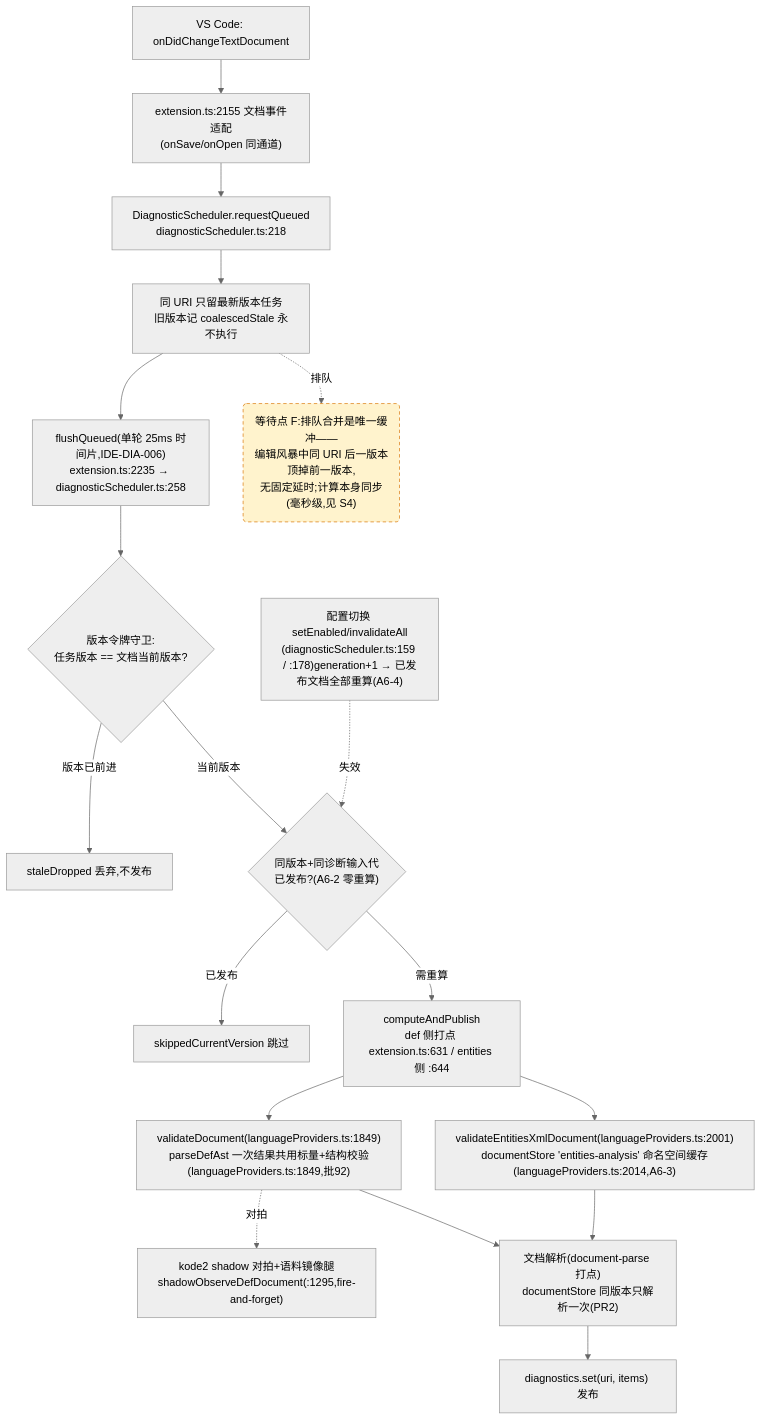
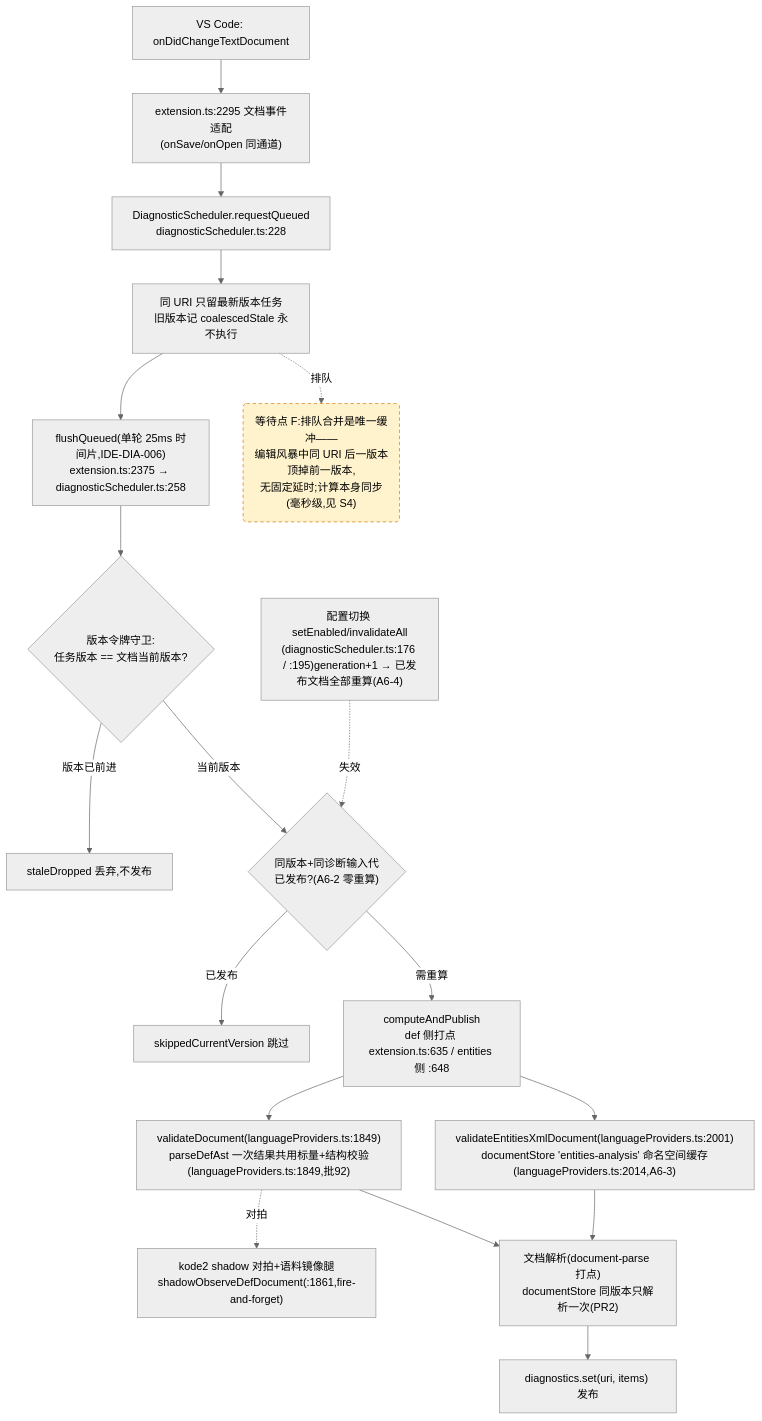
Before and after one commit to cuihairu/kode: the fourth of 4 diagrams in docs/perf/2026-baseline.md, drawn with Mermaid (neutral theme). The commit also changed other lines of this file and 3 other files, not shown here.

````diff
--- a/docs/perf/2026-baseline.md
+++ b/docs/perf/2026-baseline.md
@@ -214,38 +214,38 @@
 ```mermaid
 flowchart TD
   CHG["VS Code: onDidChangeTextDocument"]
-  WATCH["extension.ts:2155 文档事件适配<br/>(onSave/onOpen 同通道)"]
-  RQ["DiagnosticScheduler.requestQueued<br/>diagnosticScheduler.ts:218"]
+  WATCH["extension.ts:2295 文档事件适配<br/>(onSave/onOpen 同通道)"]
+  RQ["DiagnosticScheduler.requestQueued<br/>diagnosticScheduler.ts:228"]
   CO["同 URI 只留最新版本任务<br/>旧版本记 coalescedStale 永不执行"]
-  FL["flushQueued(单轮 25ms 时间片,IDE-DIA-006)<br/>extension.ts:2235 → diagnosticScheduler.ts:258"]
+  FL["flushQueued(单轮 25ms 时间片,IDE-DIA-006)<br/>extension.ts:2375 → diagnosticScheduler.ts:258"]
   VG{"版本令牌守卫:<br/>任务版本 == 文档当前版本?"}
   DROP["staleDropped 丢弃,不发布"]
   GEN{"同版本+同诊断输入代<br/>已发布?(A6-2 零重算)"}
   SKIP["skippedCurrentVersion 跳过"]
-  CALC["computeAndPublish<br/>def 侧打点 extension.ts:631 / entities 侧 :644"]
+  CALC["computeAndPublish<br/>def 侧打点 extension.ts:635 / entities 侧 :648"]
   VD["validateDocument(languageProviders.ts:1849)<br/>parseDefAst 一次结果共用标量+结构校验(languageProviders.ts:1849,批92)"]
   VEX["validateEntitiesXmlDocument(languageProviders.ts:2001)<br/>documentStore 'entities-analysis' 命名空间缓存(languageProviders.ts:2014,A6-3)"]
-  SHDD["kode2 shadow 对拍+语料镜像腿<br/>shadowObserveDefDocument(:1295,fire-and-forget)"]
+  SHDD["kode2 shadow 对拍+语料镜像腿<br/>shadowObserveDefDocument(:1861,fire-and-forget)"]
   DS["文档解析(document-parse 打点)<br/>documentStore 同版本只解析一次(PR2)"]
   PUB["diagnostics.set(uri, items) 发布"]
-  CFG2["配置切换 setEnabled/invalidateAll<br/>(diagnosticScheduler.ts:159 / :178)generation+1 → 已发布文档全部重算(A6-4)"]
+  CFG2["配置切换 setEnabled/invalidateAll<br/>(diagnosticScheduler.ts:176 / :195)generation+1 → 已发布文档全部重算(A6-4)"]
 
   CHG --> WATCH --> RQ --> CO --> FL --> VG
   VG -- "版本已前进" --> DROP
   VG -- "当前版本" --> GEN
   GEN -- "已发布" --> SKIP
   GEN -- "需重算" --> CALC
   CALC --> VD
   CALC --> VEX
   VD --> DS
   VEX --> DS
   DS --> PUB
   VD -.->|对拍| SHDD
   CFG2 -.->|失效| GEN
 
   WAITF("等待点 F:排队合并是唯一缓冲——<br/>编辑风暴中同 URI 后一版本顶掉前一版本,<br/>无固定延时;计算本身同步(毫秒级,见 S4)")
   CO -.->|排队| WAITF
 
   classDef waitPoint fill:#fff3cd,stroke:#d97706,stroke-dasharray:5 4;
   class WAITF waitPoint;
 ```
````
